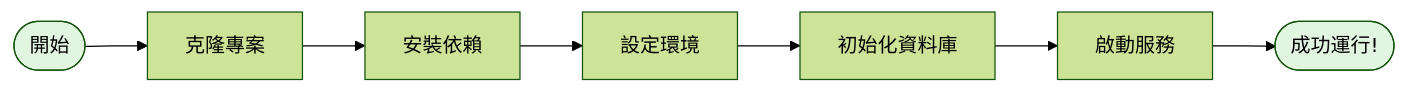
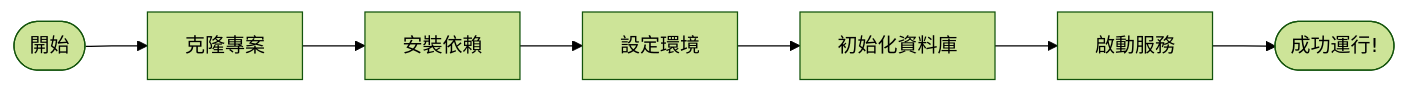
Before and after one commit to tboydar/service-booking-api: the second of 23 diagrams in README.md, drawn with Mermaid (forest theme). The commit also changed other lines of this file and 2 other files, not shown here.

````diff
--- a/README.md
+++ b/README.md
@@ -118,12 +118,10 @@
 ```mermaid
 flowchart LR
     Start([開始]) --> Clone[克隆專案]
     Clone --> Install[安裝依賴]
     Install --> Config[設定環境]
     Config --> DB[初始化資料庫]
     DB --> Run[啟動服務]
     Run --> Success([成功運行!])
 
-    style Start fill:#e1f5e1
-    style Success fill:#e1f5e1
 ```
````
